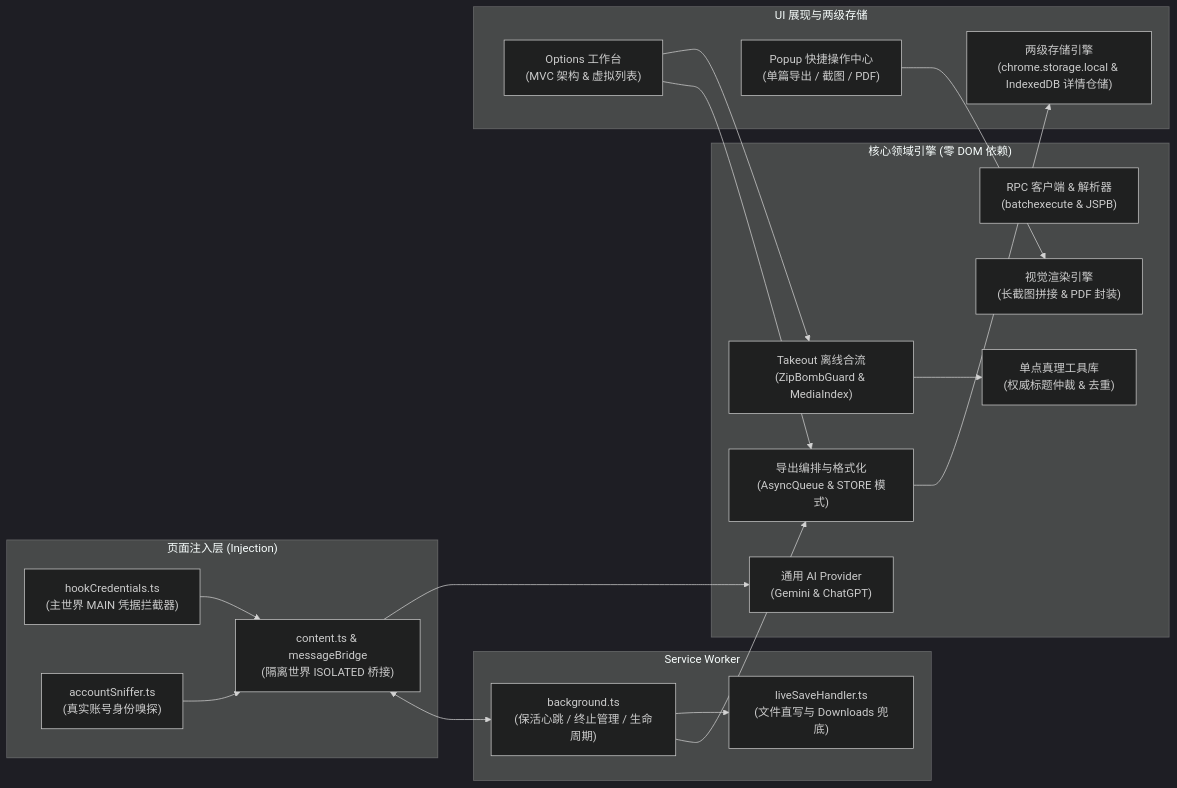
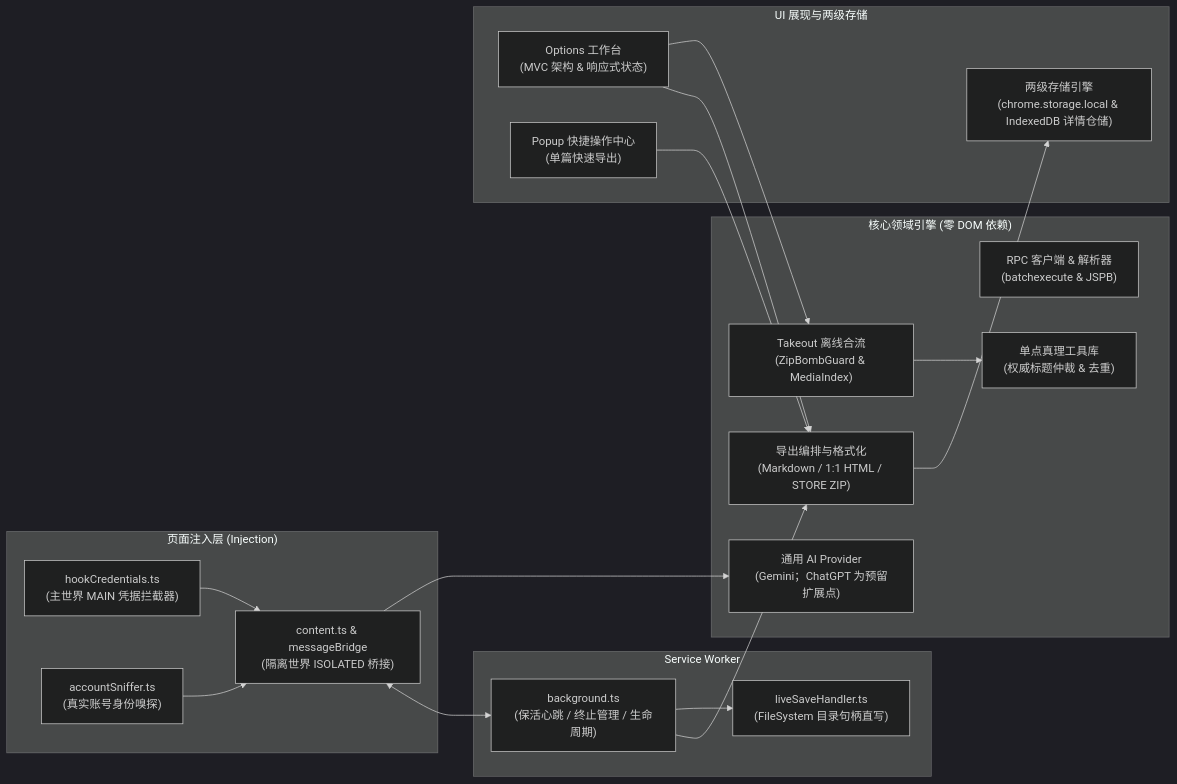
One commit to OTLFrostA/gemini-exporter changed the diagram in README_zh.md. Above: the diagram before and after it, drawn with Mermaid (dark theme). The commit also changed other lines of this file and 6 other files, not shown here.

Commit message:
docs(readme): sync READMEs with 1:1 HTML export, current architecture, and test counts (#519)

````diff
--- a/README_zh.md
+++ b/README_zh.md
@@ -66,40 +64,39 @@
 ```mermaid
 graph LR
     subgraph 注入层 ["页面注入层 (Injection)"]
         HOOK["hookCredentials.ts<br/>(主世界 MAIN 凭据拦截器)"]
         SNIFFER["accountSniffer.ts<br/>(真实账号身份嗅探)"]
         CS["content.ts & messageBridge<br/>(隔离世界 ISOLATED 桥接)"]
     end
 
     subgraph 后台服务 ["Service Worker"]
         SW["background.ts<br/>(保活心跳 / 终止管理 / 生命周期)"]
-        LH["liveSaveHandler.ts<br/>(文件直写与 Downloads 兜底)"]
+        LH["liveSaveHandler.ts<br/>(FileSystem 目录句柄直写)"]
     end
 
     subgraph 核心引擎 ["核心领域引擎 (零 DOM 依赖)"]
-        PROV["通用 AI Provider<br/>(Gemini & ChatGPT)"]
+        PROV["通用 AI Provider<br/>(Gemini；ChatGPT 为预留扩展点)"]
         API["RPC 客户端 & 解析器<br/>(batchexecute & JSPB)"]
-        ENG["导出编排与格式化<br/>(AsyncQueue & STORE 模式)"]
+        ENG["导出编排与格式化<br/>(Markdown / 1:1 HTML / STORE ZIP)"]
         TAKEOUT["Takeout 离线合流<br/>(ZipBombGuard & MediaIndex)"]
-        MEDIA["视觉渲染引擎<br/>(长截图拼接 & PDF 封装)"]
         SSOT["单点真理工具库<br/>(权威标题仲裁 & 去重)"]
     end
 
     subgraph 展现与存储 ["UI 展现与两级存储"]
-        WORKBENCH["Options 工作台<br/>(MVC 架构 & 虚拟列表)"]
-        POPUP["Popup 快捷操作中心<br/>(单篇导出 / 截图 / PDF)"]
+        WORKBENCH["Options 工作台<br/>(MVC 架构 & 响应式状态)"]
+        POPUP["Popup 快捷操作中心<br/>(单篇快速导出)"]
         STORAGE["两级存储引擎<br/>(chrome.storage.local & IndexedDB 详情仓储)"]
     end
 
     HOOK --> CS
     SNIFFER --> CS
     CS <--> SW
     CS --> PROV
     SW --> ENG
     SW --> LH
     WORKBENCH --> ENG
     WORKBENCH --> TAKEOUT
-    POPUP --> MEDIA
+    POPUP --> ENG
     ENG --> STORAGE
     TAKEOUT --> SSOT
 ```
````
